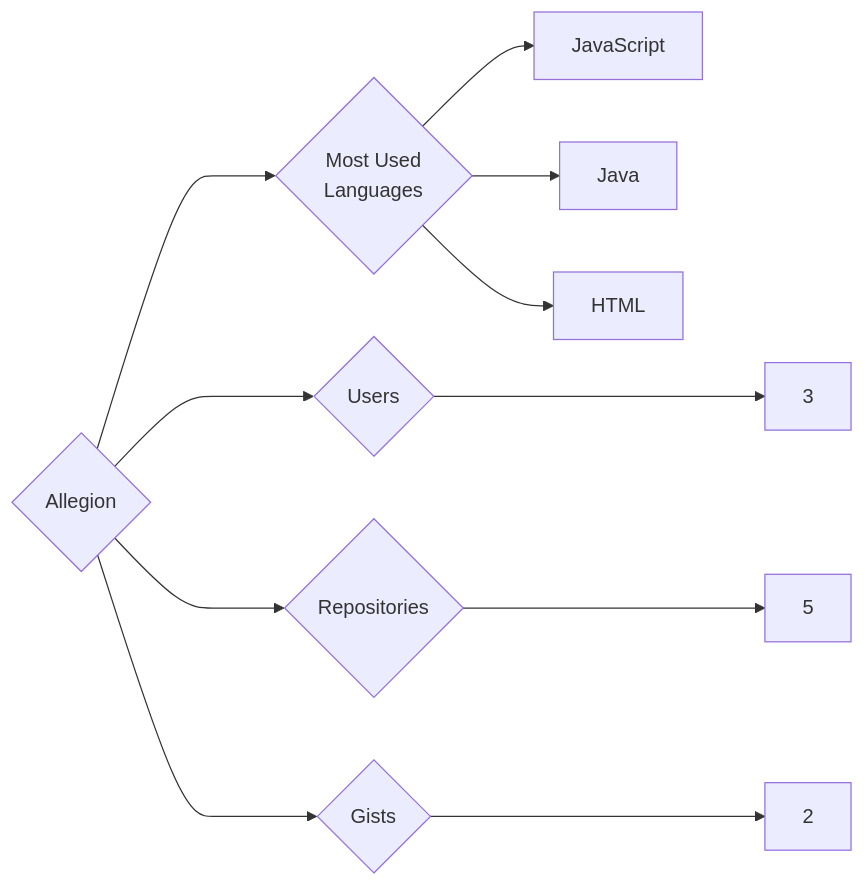
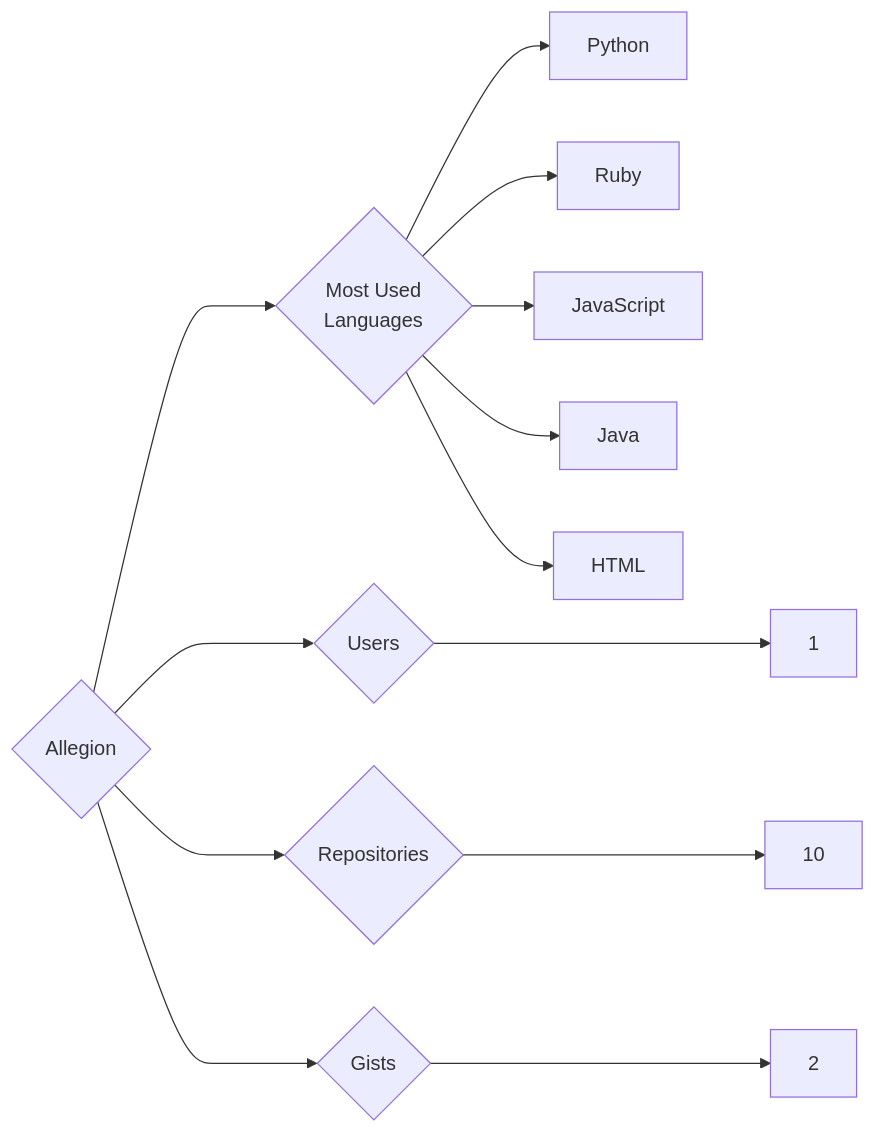
Before and after one commit to trickest/insiders: the diagram in targets/Allegion/README.md, drawn with Mermaid. The commit also changed 1089 other files, not shown here.

````diff
--- a/targets/Allegion/README.md
+++ b/targets/Allegion/README.md
@@ -3,11 +3,13 @@
 ```mermaid
 graph LR
 COMPANY_NAME{Allegion}
-COMPANY_NAME ---> U{Users} ---> UN[3]
-COMPANY_NAME ---> R{Repositories} ---> RN[5]
+COMPANY_NAME ---> U{Users} ---> UN[1]
+COMPANY_NAME ---> R{Repositories} ---> RN[10]
 COMPANY_NAME ---> G{Gists} ---> GN[2]
 COMPANY_NAME ---> ML{Most Used<br>Languages}
+ML --> Python[Python]
+ML --> Ruby[Ruby]
 ML --> JavaScript[JavaScript]
 ML --> Java[Java]
 ML --> HTML[HTML]
 ```
````
